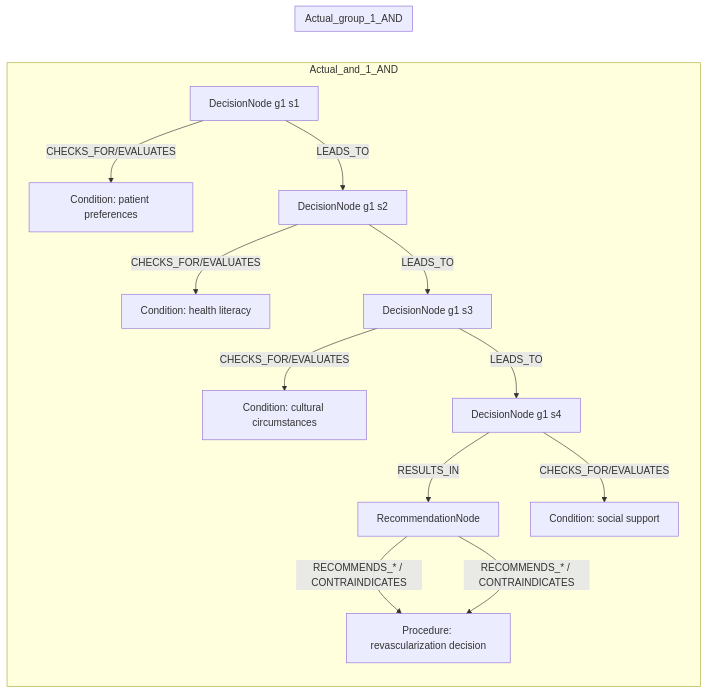
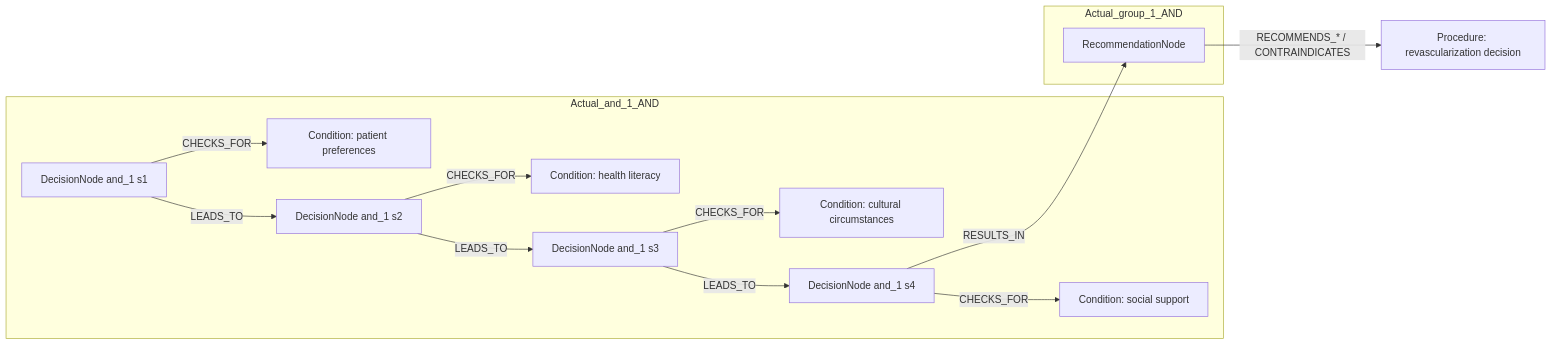
One commit to dieterich-lab/CardioGuidelinesGraph changed the second of 2 diagrams in docs/table22_rows/row_04.md. Above: the diagram before and after it, drawn with Mermaid. The commit also changed other lines of this file and 18 other files, not shown here.

Commit message:
Update mermaid diagrams.

````diff
--- a/docs/table22_rows/row_04.md
+++ b/docs/table22_rows/row_04.md
@@ -230,30 +217,27 @@
 ```mermaid
 graph LR
+  REC[RecommendationNode]
+  ACT1[Procedure: revascularization decision]
+  REC -->|RECOMMENDS_* / CONTRAINDICATES| ACT1
   subgraph Actual_and_1_AND
-    REC[RecommendationNode]
-    D1[DecisionNode g1 s1]
-    C1[Condition: patient preferences]
-    D1 -->|CHECKS_FOR/EVALUATES| C1
-    D2[DecisionNode g1 s2]
-    C2[Condition: health literacy]
-    D2 -->|CHECKS_FOR/EVALUATES| C2
-    D3[DecisionNode g1 s3]
-    C3[Condition: cultural circumstances]
-    D3 -->|CHECKS_FOR/EVALUATES| C3
-    D4[DecisionNode g1 s4]
-    C4[Condition: social support]
-    D4 -->|CHECKS_FOR/EVALUATES| C4
-    D1 -->|LEADS_TO| D2
-    D2 -->|LEADS_TO| D3
-    D3 -->|LEADS_TO| D4
-    D4 -->|RESULTS_IN| REC
-    ACT1[Procedure: revascularization decision]
-    REC -->|RECOMMENDS_* / CONTRAINDICATES| ACT1
+    D_and_1_1[DecisionNode and_1 s1]
+    C_and_1_1[Condition: patient preferences]
+    D_and_1_1 -->|CHECKS_FOR| C_and_1_1
+    D_and_1_2[DecisionNode and_1 s2]
+    C_and_1_2[Condition: health literacy]
+    D_and_1_2 -->|CHECKS_FOR| C_and_1_2
+    D_and_1_3[DecisionNode and_1 s3]
+    C_and_1_3[Condition: cultural circumstances]
+    D_and_1_3 -->|CHECKS_FOR| C_and_1_3
+    D_and_1_4[DecisionNode and_1 s4]
+    C_and_1_4[Condition: social support]
+    D_and_1_4 -->|CHECKS_FOR| C_and_1_4
+    D_and_1_1 -->|LEADS_TO| D_and_1_2
+    D_and_1_2 -->|LEADS_TO| D_and_1_3
+    D_and_1_3 -->|LEADS_TO| D_and_1_4
   end
   subgraph Actual_group_1_AND
-    REC[RecommendationNode]
     REC
-    ACT1[Procedure: revascularization decision]
-    REC -->|RECOMMENDS_* / CONTRAINDICATES| ACT1
   end
+  D_and_1_4 -->|RESULTS_IN| REC
 ```
````
